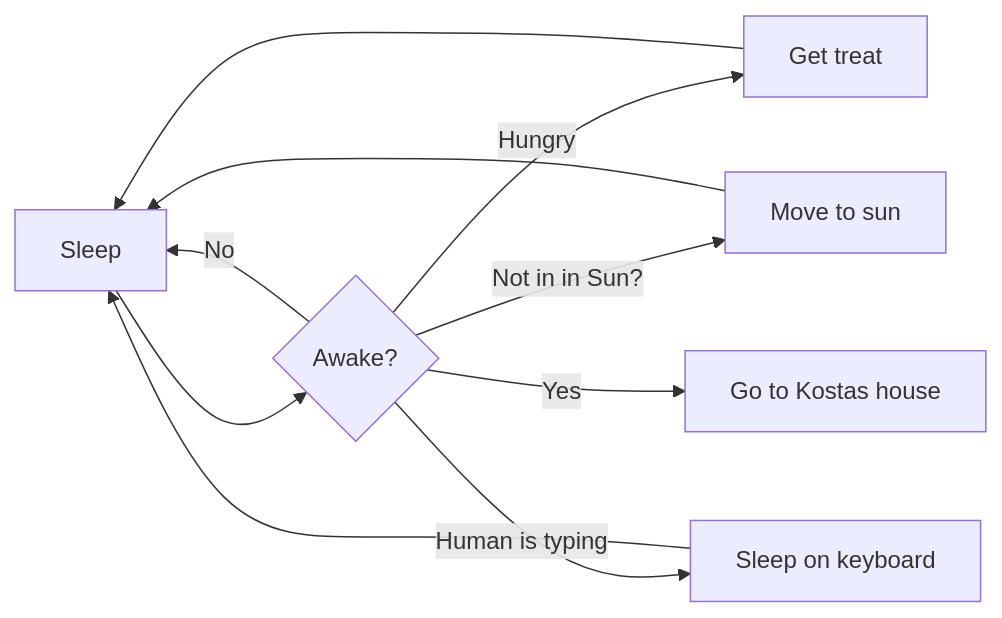
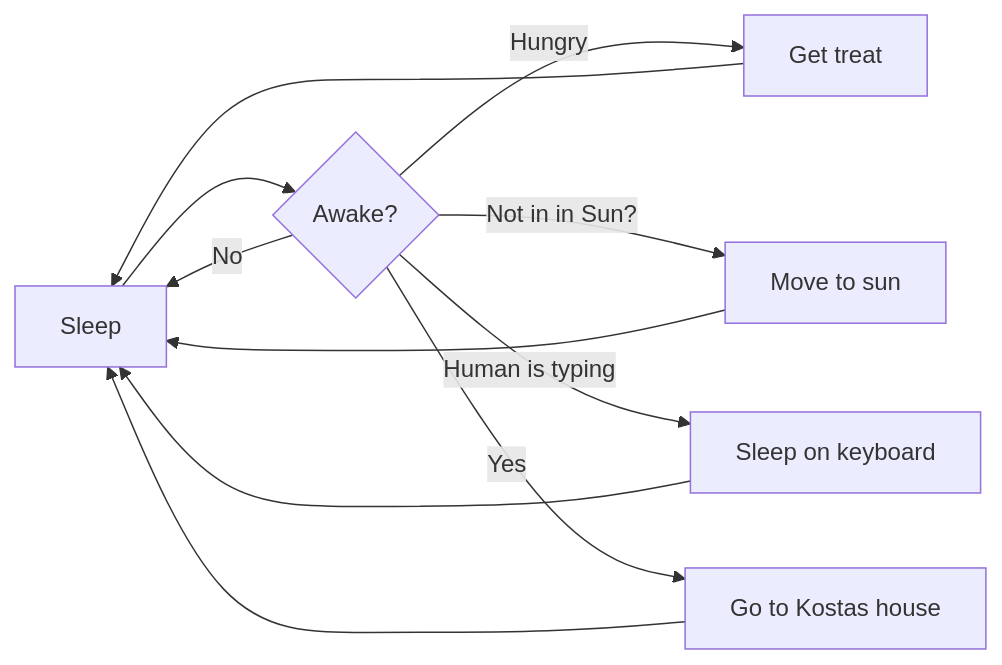
Before and after one commit to AnAlc-Team/GUI: the diagram in README.md, drawn with Mermaid.

````diff
--- a/README.md
+++ b/README.md
@@ -1,12 +1,13 @@
 ```mermaid
 flowchart LR
   Sleep[Sleep] --> Wake{Awake?}
   Wake -->|No| Sleep
   Wake -->|Hungry| Snack[Get treat]
   Wake -->|Not in in Sun?| Move[Move to sun]
   Wake -->|Human is typing| Keyboard[Sleep on keyboard]
   Wake -->|Yes| House[Go to Kostas house]
+  House --> Sleep
   Snack --> Sleep
   Move --> Sleep
   Keyboard --> Sleep
 ```
````
